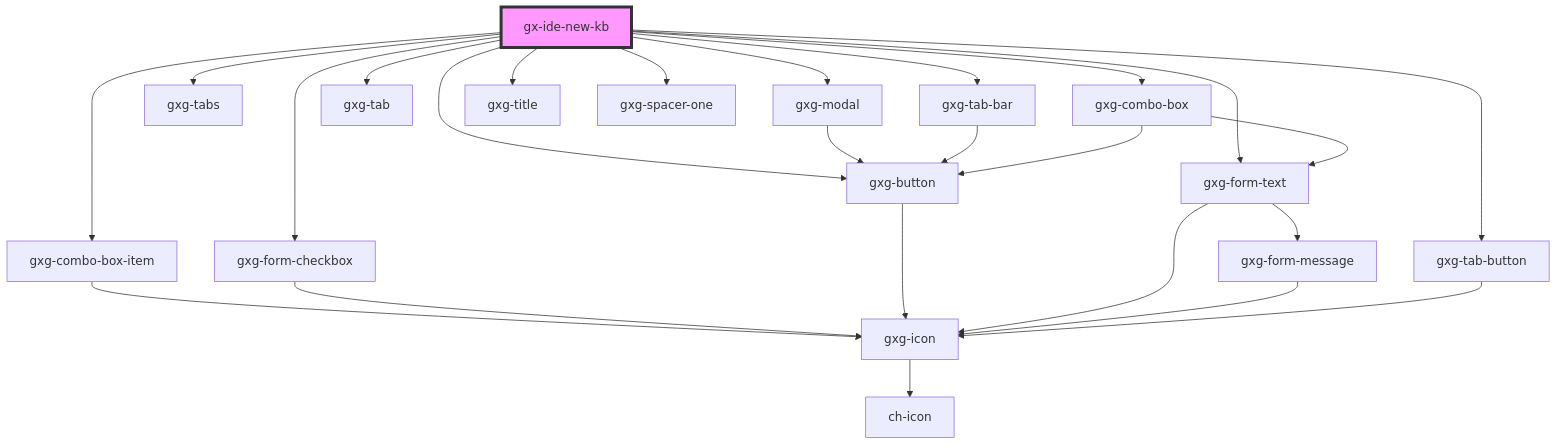
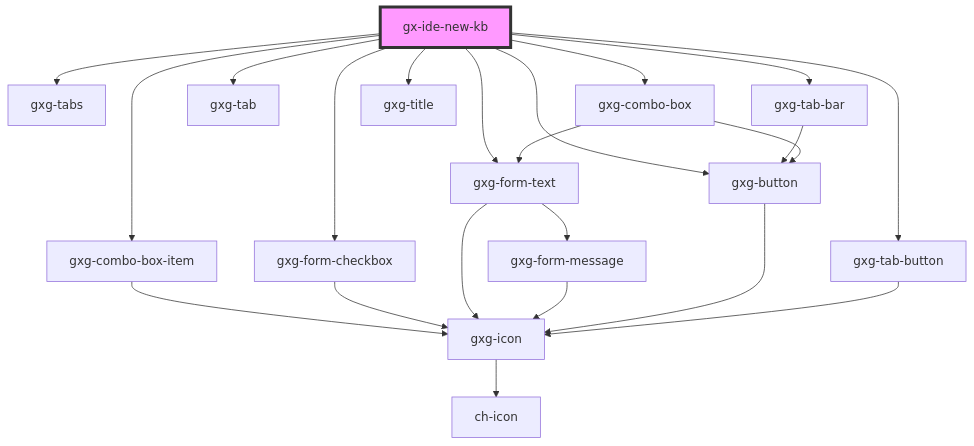
One commit to genexuslabs/gemini changed the diagram in src/components/gx-ide-new-kb/readme.md. Above: the diagram before and after it, drawn with Mermaid. The commit also changed other lines of this file and 24 other files, not shown here.

````diff
--- a/src/components/gx-ide-new-kb/readme.md
+++ b/src/components/gx-ide-new-kb/readme.md
@@ -46,28 +45,25 @@
 ```mermaid
 graph TD;
   gx-ide-new-kb --> gxg-combo-box-item
   gx-ide-new-kb --> gxg-form-checkbox
-  gx-ide-new-kb --> gxg-modal
   gx-ide-new-kb --> gxg-form-text
   gx-ide-new-kb --> gxg-button
   gx-ide-new-kb --> gxg-tabs
   gx-ide-new-kb --> gxg-tab-bar
   gx-ide-new-kb --> gxg-tab-button
   gx-ide-new-kb --> gxg-tab
   gx-ide-new-kb --> gxg-combo-box
   gx-ide-new-kb --> gxg-title
-  gx-ide-new-kb --> gxg-spacer-one
   gxg-combo-box-item --> gxg-icon
   gxg-icon --> ch-icon
   gxg-form-checkbox --> gxg-icon
-  gxg-modal --> gxg-button
-  gxg-button --> gxg-icon
   gxg-form-text --> gxg-icon
   gxg-form-text --> gxg-form-message
   gxg-form-message --> gxg-icon
+  gxg-button --> gxg-icon
   gxg-tab-bar --> gxg-button
   gxg-tab-button --> gxg-icon
   gxg-combo-box --> gxg-form-text
   gxg-combo-box --> gxg-button
   style gx-ide-new-kb fill:#f9f,stroke:#333,stroke-width:4px
 ```
````
